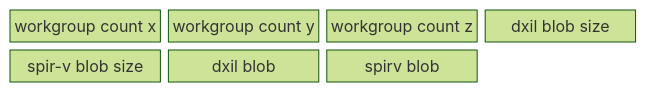
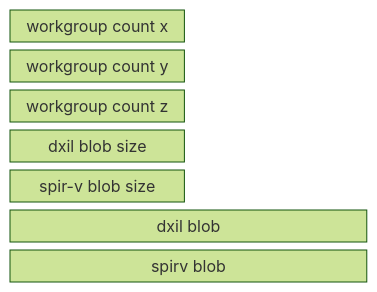
The diagram in README.md (rtryan98/rhi), drawn with Mermaid (forest theme) before and after one commit.

Commit message:
Change mermaid diagram design

````diff
--- a/README.md
+++ b/README.md
@@ -98,11 +98,11 @@
 ```mermaid
 block-beta
     columns 4
-    a["workgroup count x"]
-    b["workgroup count y"]
-    c["workgroup count z"]
-    d["dxil blob size"]
-    e["spir-v blob size"]
-    f["dxil blob"]
-    g["spirv blob"]
+    a["workgroup count x"]:4
+    b["workgroup count y"]:4
+    c["workgroup count z"]:4
+    d["dxil blob size"]:4
+    e["spir-v blob size"]:4
+    f["dxil blob"]:8
+    g["spirv blob"]:8
 ```
````
